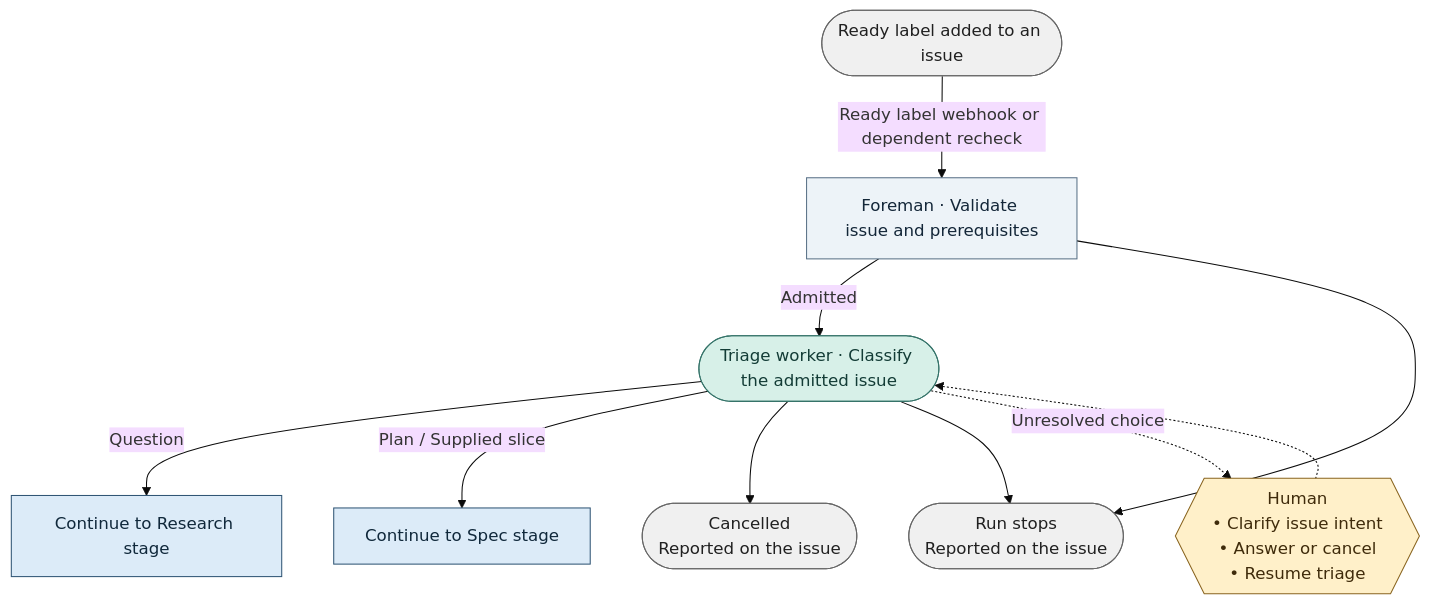
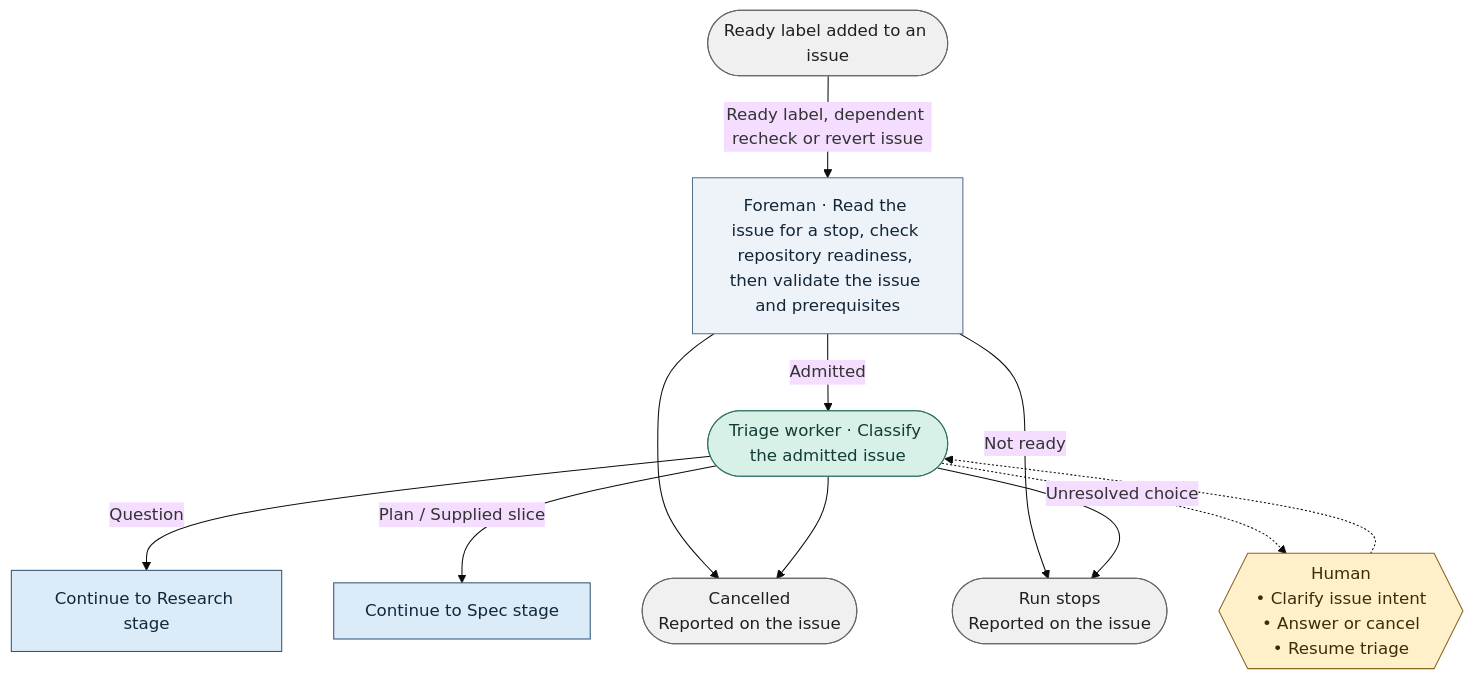
One commit to bookout-labs/tools changed the diagram in docs/graph/blueprint/views/stages/triage.mmd. Above: the diagram before and after it, drawn with Mermaid (base theme). The commit also changed 49 other files, not shown here.

```diff
--- a/docs/graph/blueprint/views/stages/triage.mmd
+++ b/docs/graph/blueprint/views/stages/triage.mmd
@@ -1,23 +1,24 @@
 flowchart TD
     n0(["Ready label added to an issue"]):::terminal
-    n1["Foreman · Validate issue and prerequisites"]:::step
+    n1["Foreman · Read the issue for a stop, check repository readiness, then validate the issue and prerequisites"]:::step
     n2(["Triage worker · Classify the admitted issue"]):::worker
     n3(["Run stops<br/>Reported on the issue"]):::terminal
-    n4["Continue to Research stage"]:::stage
-    n5["Continue to Spec stage"]:::stage
-    n6(["Cancelled<br/>Reported on the issue"]):::terminal
+    n4(["Cancelled<br/>Reported on the issue"]):::terminal
+    n5["Continue to Research stage"]:::stage
+    n6["Continue to Spec stage"]:::stage
     n7{{"Human<br/>• Clarify issue intent<br/>• Answer or cancel<br/>• Resume triage"}}:::gate
-    n0 -->|"Ready label webhook or dependent recheck"| n1
+    n0 -->|"Ready label, dependent recheck or revert issue"| n1
     n1 -->|"Admitted"| n2
-    n1 --> n3
-    n2 -->|"Question"| n4
-    n2 -->|"Plan / Supplied slice"| n5
-    n2 --> n6
+    n1 -->|"Not ready"| n3
+    n1 --> n4
+    n2 -->|"Question"| n5
+    n2 -->|"Plan / Supplied slice"| n6
+    n2 --> n4
     n2 --> n3
     n2 -.->|"Unresolved choice"| n7
     n7 -.-> n2
     classDef stage fill:#dcebf8,stroke:#315675,color:#10283b
     classDef step fill:#edf3f8,stroke:#597187,color:#132638
     classDef worker fill:#d7f0e8,stroke:#357369,color:#133c36
     classDef gate fill:#fff0c9,stroke:#89641f,color:#3f2b0b
     classDef terminal fill:#f0f0f0,stroke:#666666,color:#202020
```
